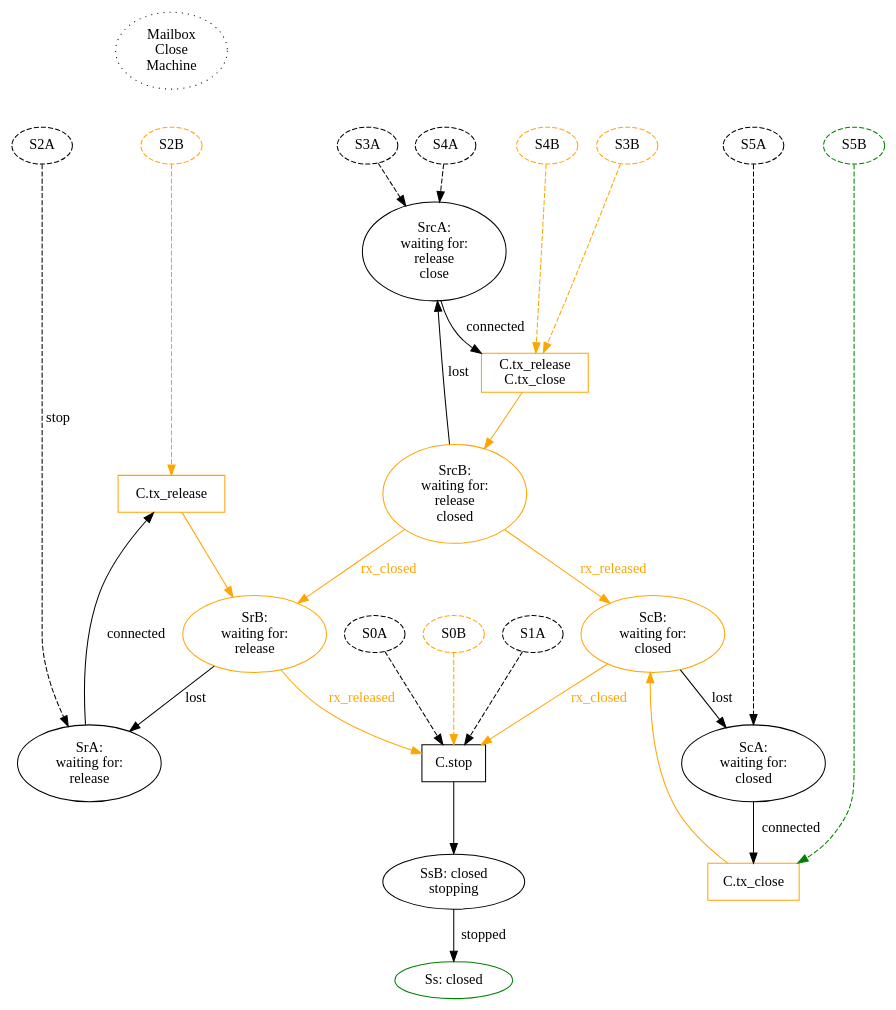
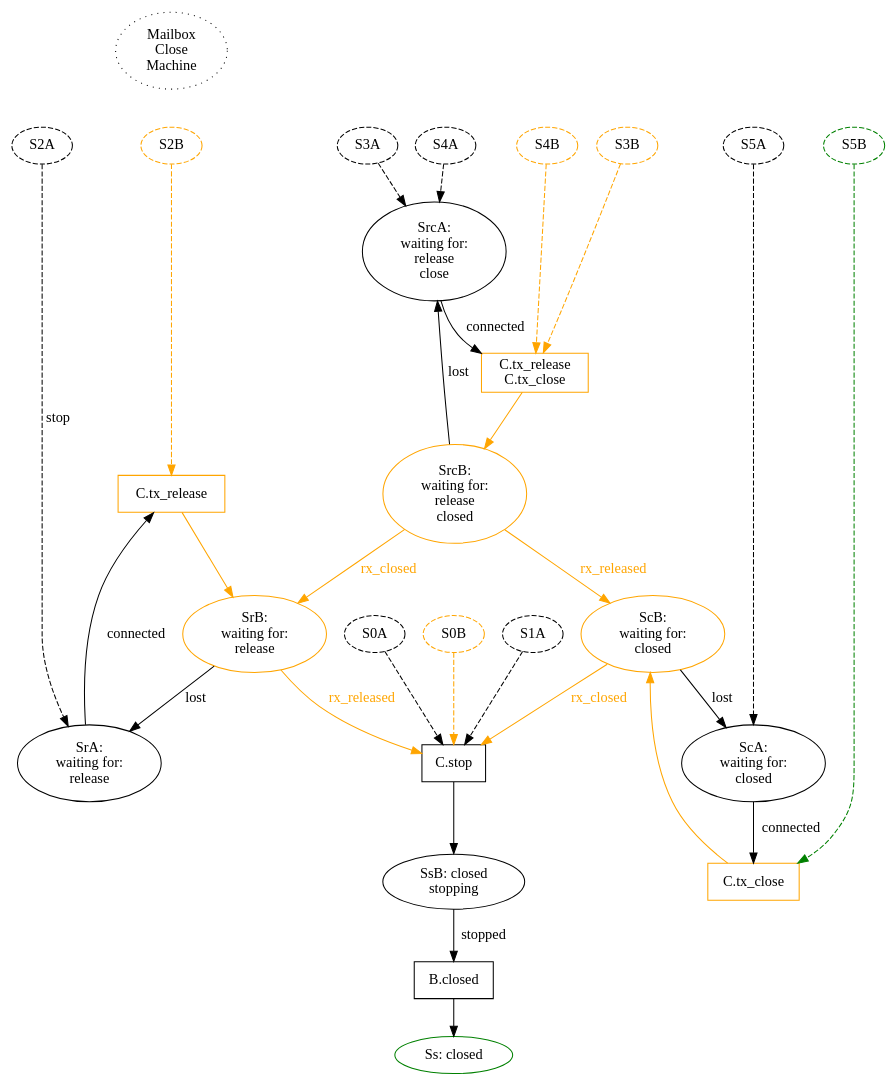
The diagram in docs/mailbox_close.dot (magic-wormhole/magic-wormhole), drawn with Graphviz before and after one commit. The commit also changed 11 other files, not shown here.

```diff
--- a/docs/mailbox_close.dot
+++ b/docs/mailbox_close.dot
@@ -1,73 +1,75 @@
 digraph {
         /* M_close pathways */
         title [label="Mailbox\nClose\nMachine" style="dotted"]
         title -> S2B [style="invis"]
 
         /* All dashed states are from the main Mailbox Machine diagram, and
         all dashed lines indicate M_close() pathways in from those states.
         Within this graph, all M_close() events leave the state unchanged. */
 
         SrA [label="SrA:\nwaiting for:\nrelease"]
         SrA -> Pr [label="connected"]
         Pr [shape="box" label="C.tx_release" color="orange"]
         Pr -> SrB [color="orange"]
         SrB [label="SrB:\nwaiting for:\nrelease" color="orange"]
         SrB -> SrA [label="lost"]
         SrB -> P_stop [label="rx_released" color="orange" fontcolor="orange"]
 
         ScA [label="ScA:\nwaiting for:\nclosed"]
         ScA -> Pc [label="connected"]
         Pc [shape="box" label="C.tx_close" color="orange"]
         Pc -> ScB [color="orange"]
         ScB [label="ScB:\nwaiting for:\nclosed" color="orange"]
         ScB -> ScA [label="lost"]
         ScB -> P_stop [label="rx_closed" color="orange" fontcolor="orange"]
 
         SrcA [label="SrcA:\nwaiting for:\nrelease\nclose"]
         SrcA -> Prc [label="connected"]
         Prc [shape="box" label="C.tx_release\nC.tx_close" color="orange"]
         Prc -> SrcB [color="orange"]
         SrcB [label="SrcB:\nwaiting for:\nrelease\nclosed" color="orange"]
         SrcB -> SrcA [label="lost"]
         SrcB -> ScB [label="rx_released" color="orange" fontcolor="orange"]
         SrcB -> SrB [label="rx_closed" color="orange" fontcolor="orange"]
 
 
         P_stop [shape="box" label="C.stop"]
         P_stop -> SsB
 
-        SsB -> Ss [label="stopped"]
         SsB [label="SsB: closed\nstopping"]
+        SsB -> Pss [label="stopped"]
+        Pss [shape="box" label="B.closed"]
+        Pss -> Ss
 
         Ss [label="Ss: closed" color="green"]
 
         S0A [label="S0A" style="dashed"]
         S0A -> P_stop [style="dashed"]
         S0B [label="S0B" style="dashed" color="orange"]
         S0B -> P_stop [style="dashed" color="orange"]
 
         {rank=same; S2A S2B S3A S3B S4A S4B S5A S5B}
         S1A [label="S1A" style="dashed"]
         S1A -> P_stop [style="dashed"]
 
         S2A [label="S2A" style="dashed"]
         S2A -> SrA [label="stop" style="dashed"]
         S2B [label="S2B" color="orange" style="dashed"]
         S2B -> Pr [color="orange" style="dashed"]
 
         S3A [label="S3A" style="dashed"]
         S3B [label="S3B" color="orange" style="dashed"]
         S3A -> SrcA [style="dashed"]
         S3B -> Prc [color="orange" style="dashed"]
 
         S4A [label="S4A" style="dashed"]
         S4B [label="S4B" color="orange" style="dashed"]
         S4A -> SrcA [style="dashed"]
         S4B -> Prc [color="orange" style="dashed"]
 
         S5A [label="S5A" style="dashed"]
         S5B [label="S5B" color="green" style="dashed"]
         S5A -> ScA [style="dashed"]
         S5B -> Pc [style="dashed" color="green"]
 
 }
```
